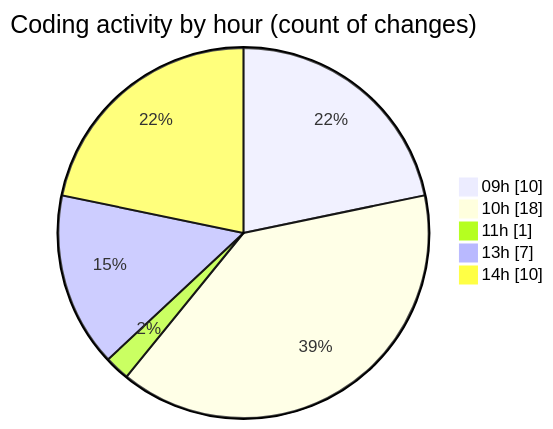
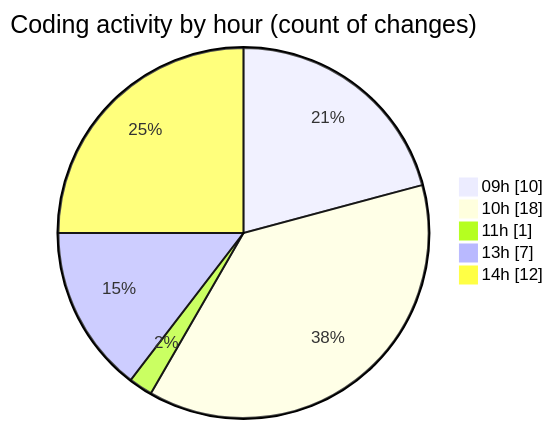
The second of 2 diagrams in 2026-04-06/airfeed-analytics-dashboard/README.md (nxtqubesakshisongat/code-tracking), drawn with Mermaid before and after one commit. The commit also changed other lines of this file and 1 other file, not shown here.

````diff
--- a/2026-04-06/airfeed-analytics-dashboard/README.md
+++ b/2026-04-06/airfeed-analytics-dashboard/README.md
@@ -42,9 +42,9 @@
 ```mermaid
 pie showData
 title Coding activity by hour (count of changes)
 "09h" : 10
 "10h" : 18
 "11h" : 1
 "13h" : 7
-"14h" : 10
+"14h" : 12
 ```
````
